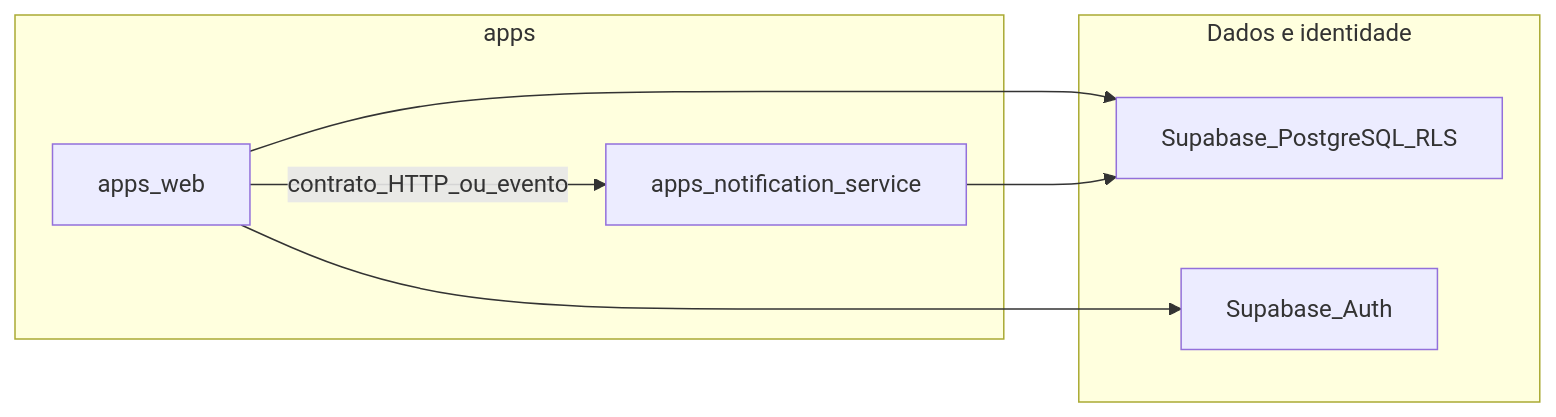
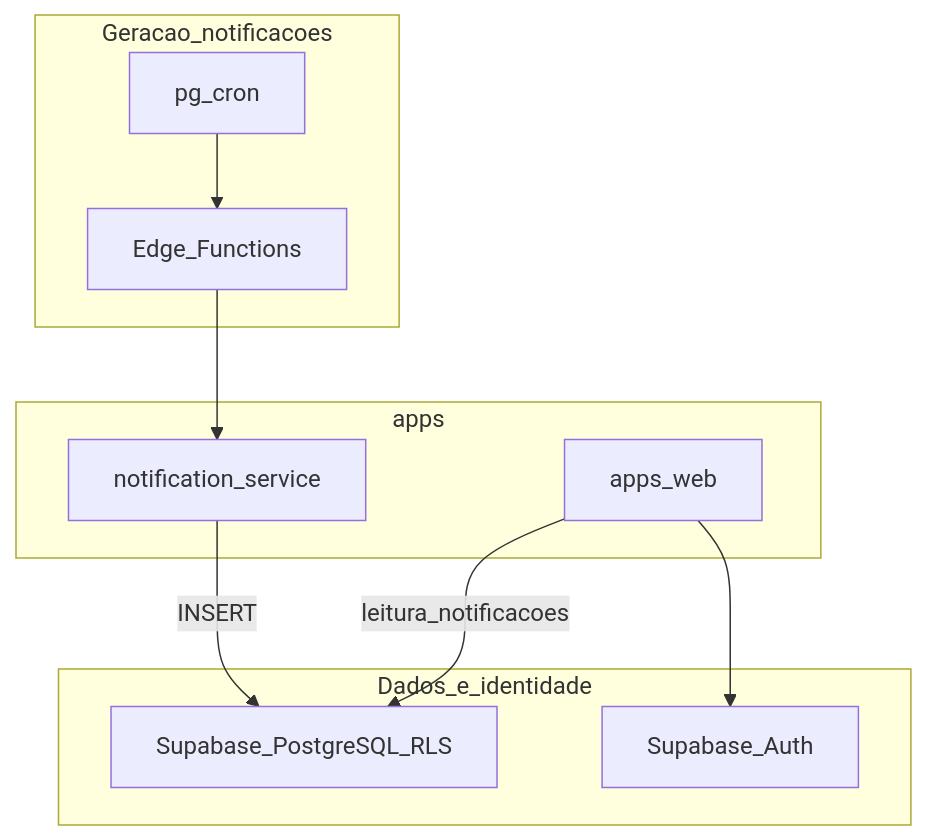
Before and after one commit to renanalvesmedina/intranet-curso: the diagram in docs/ENGINEERING.md, drawn with Mermaid. The commit also changed other lines of this file and 22 other files, not shown here.

````diff
--- a/docs/ENGINEERING.md
+++ b/docs/ENGINEERING.md
@@ -82,15 +91,20 @@
 ```mermaid
-flowchart LR
+flowchart TB
   subgraph apps [apps]
     Web[apps_web]
-    Notif[apps_notification_service]
+    Notif[notification_service]
   end
-  subgraph data [Dados e identidade]
+  subgraph orq [Geracao_notificacoes]
+    Cron[pg_cron]
+    Edge[Edge_Functions]
+  end
+  subgraph data [Dados_e_identidade]
     Supa[Supabase_PostgreSQL_RLS]
     Auth[Supabase_Auth]
   end
+  Cron --> Edge
+  Edge --> Notif
+  Notif -->|"INSERT"| Supa
   Web --> Auth
-  Web --> Supa
-  Web -->|"contrato_HTTP_ou_evento"| Notif
-  Notif --> Supa
+  Web -->|"leitura_notificacoes"| Supa
 ```
````
